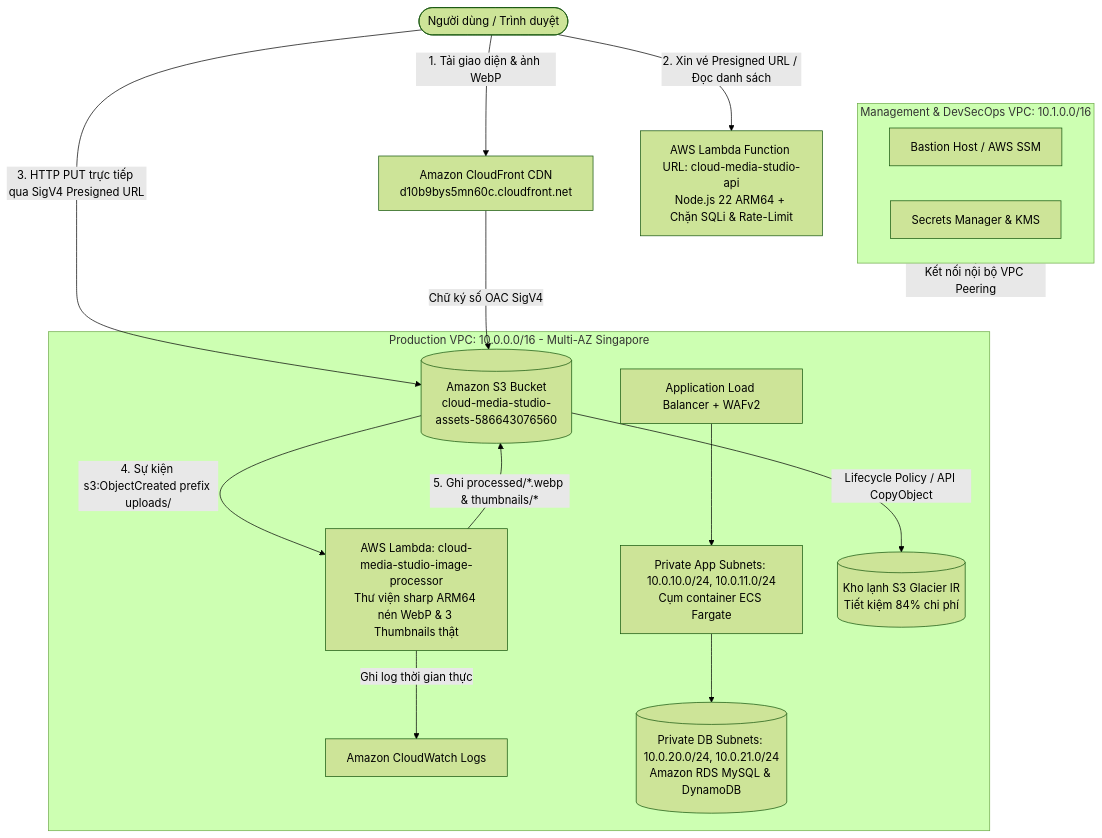
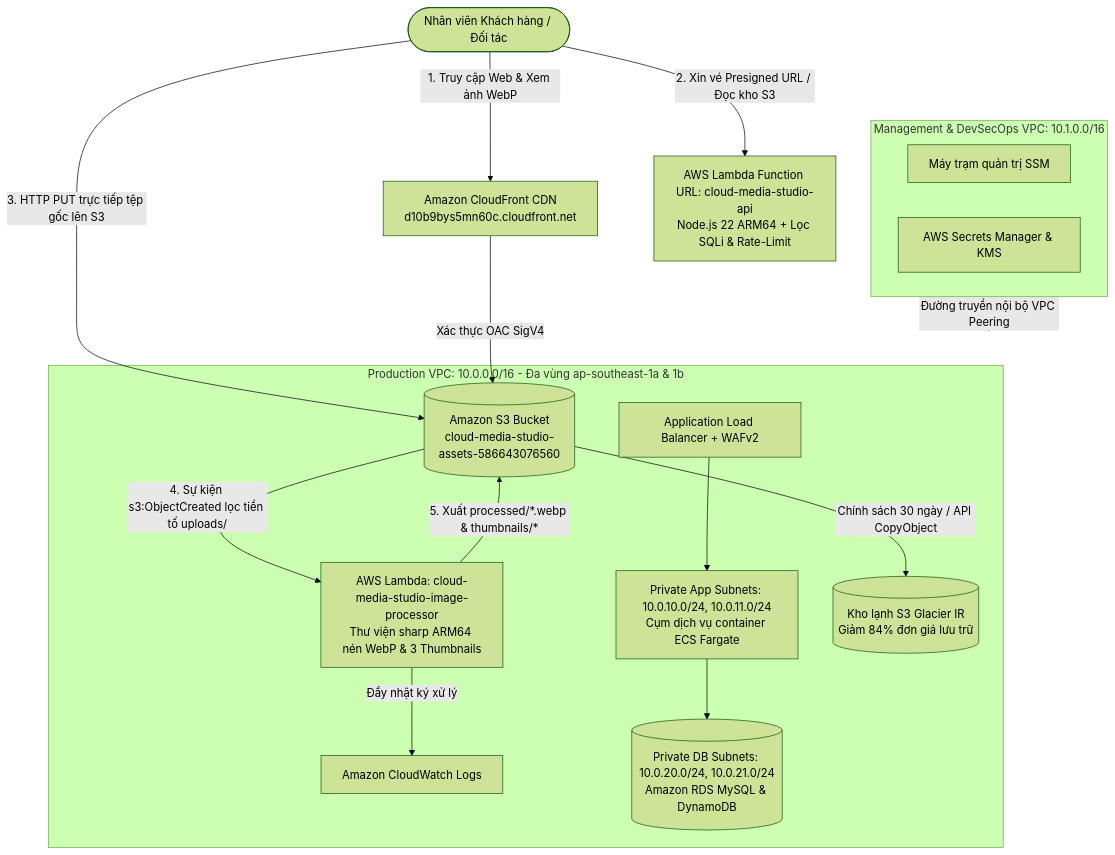
One commit to adminenterprise/cloud-media-studio changed the diagram in BAO_CAO_DU_AN_CLOUD_MEDIA_STUDIO.md. Above: the diagram before and after it, drawn with Mermaid (forest theme). The commit also changed other lines of this file and 1 other file, not shown here.

Commit message:
docs(report): reframe final report, demo script, and slide deck into Cloud Consulting lifecycle for Dec 02 exam

````diff
--- a/BAO_CAO_DU_AN_CLOUD_MEDIA_STUDIO.md
+++ b/BAO_CAO_DU_AN_CLOUD_MEDIA_STUDIO.md
@@ -79,23 +82,23 @@
 ```mermaid
 flowchart TD
-    Client([Người dùng / Trình duyệt]) -->|1. Tải giao diện & ảnh WebP| CF[Amazon CloudFront CDN\nd10b9bys5mn60c.cloudfront.net]
-    Client -->|2. Xin vé Presigned URL / Đọc danh sách| API[AWS Lambda Function URL: cloud-media-studio-api\nNode.js 22 ARM64 + Chặn SQLi & Rate-Limit]
-    Client -->|3. HTTP PUT trực tiếp qua SigV4 Presigned URL| S3[(Amazon S3 Bucket\ncloud-media-studio-assets-586643076560)]
-    CF -->|Chữ ký số OAC SigV4| S3
+    User([Nhân viên Khách hàng / Đối tác]) -->|1. Truy cập Web & Xem ảnh WebP| CF[Amazon CloudFront CDN\nd10b9bys5mn60c.cloudfront.net]
+    User -->|2. Xin vé Presigned URL / Đọc kho S3| API[AWS Lambda Function URL: cloud-media-studio-api\nNode.js 22 ARM64 + Lọc SQLi & Rate-Limit]
+    User -->|3. HTTP PUT trực tiếp tệp gốc lên S3| S3[(Amazon S3 Bucket\ncloud-media-studio-assets-586643076560)]
+    CF -->|Xác thực OAC SigV4| S3
 
-    subgraph ProdVPC [Production VPC: 10.0.0.0/16 - Multi-AZ Singapore]
-        ALB[Application Load Balancer + WAFv2] --> ECS[Private App Subnets: 10.0.10.0/24, 10.0.11.0/24\nCụm container ECS Fargate]
-        S3 -->|4. Sự kiện s3:ObjectCreated prefix uploads/| Lambda[AWS Lambda: cloud-media-studio-image-processor\nThư viện sharp ARM64 nén WebP & 3 Thumbnails thật]
-        Lambda -->|5. Ghi processed/*.webp & thumbnails/*| S3
-        Lambda -->|Ghi log thời gian thực| CW[Amazon CloudWatch Logs]
+    subgraph ProdVPC [Production VPC: 10.0.0.0/16 - Đa vùng ap-southeast-1a & 1b]
+        ALB[Application Load Balancer + WAFv2] --> ECS[Private App Subnets: 10.0.10.0/24, 10.0.11.0/24\nCụm dịch vụ container ECS Fargate]
+        S3 -->|4. Sự kiện s3:ObjectCreated lọc tiền tố uploads/| Proc[AWS Lambda: cloud-media-studio-image-processor\nThư viện sharp ARM64 nén WebP & 3 Thumbnails]
+        Proc -->|5. Xuất processed/*.webp & thumbnails/*| S3
+        Proc -->|Đẩy nhật ký xử lý| CW[Amazon CloudWatch Logs]
         ECS --> DB[(Private DB Subnets: 10.0.20.0/24, 10.0.21.0/24\nAmazon RDS MySQL & DynamoDB)]
-        S3 -->|Lifecycle Policy / API CopyObject| Glacier[(Kho lạnh S3 Glacier IR\nTiết kiệm 84% chi phí)]
+        S3 -->|Chính sách 30 ngày / API CopyObject| Glacier[(Kho lạnh S3 Glacier IR\nGiảm 84% đơn giá lưu trữ)]
     end
 
     subgraph MgmtVPC [Management & DevSecOps VPC: 10.1.0.0/16]
-        Bastion[Bastion Host / AWS SSM]
-        Vault[Secrets Manager & KMS]
+        Bastion[Máy trạm quản trị SSM]
+        Vault[AWS Secrets Manager & KMS]
     end
 
-    MgmtVPC <-->|Kết nối nội bộ VPC Peering| ProdVPC
+    MgmtVPC <-->|Đường truyền nội bộ VPC Peering| ProdVPC
 ```
````
